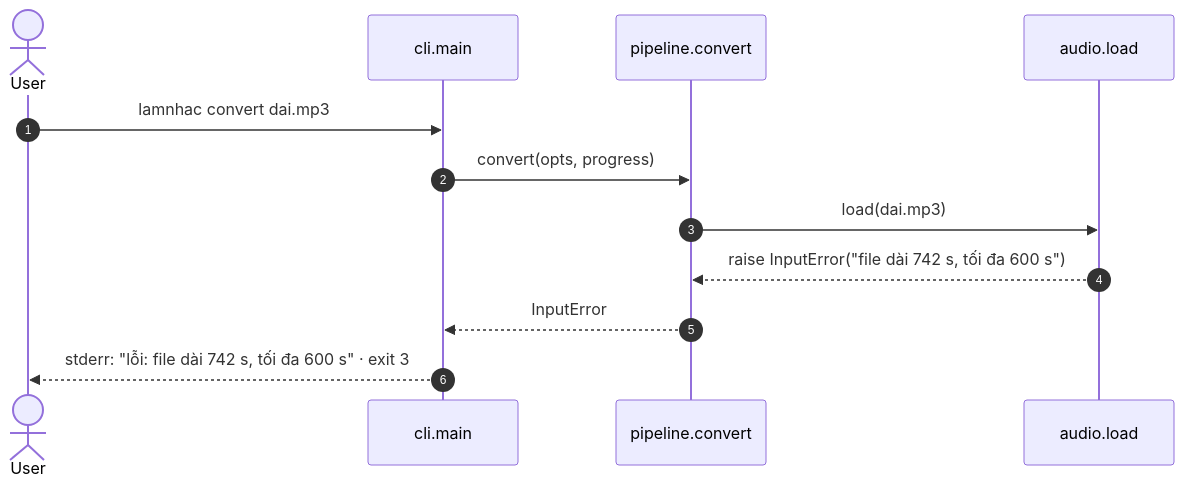
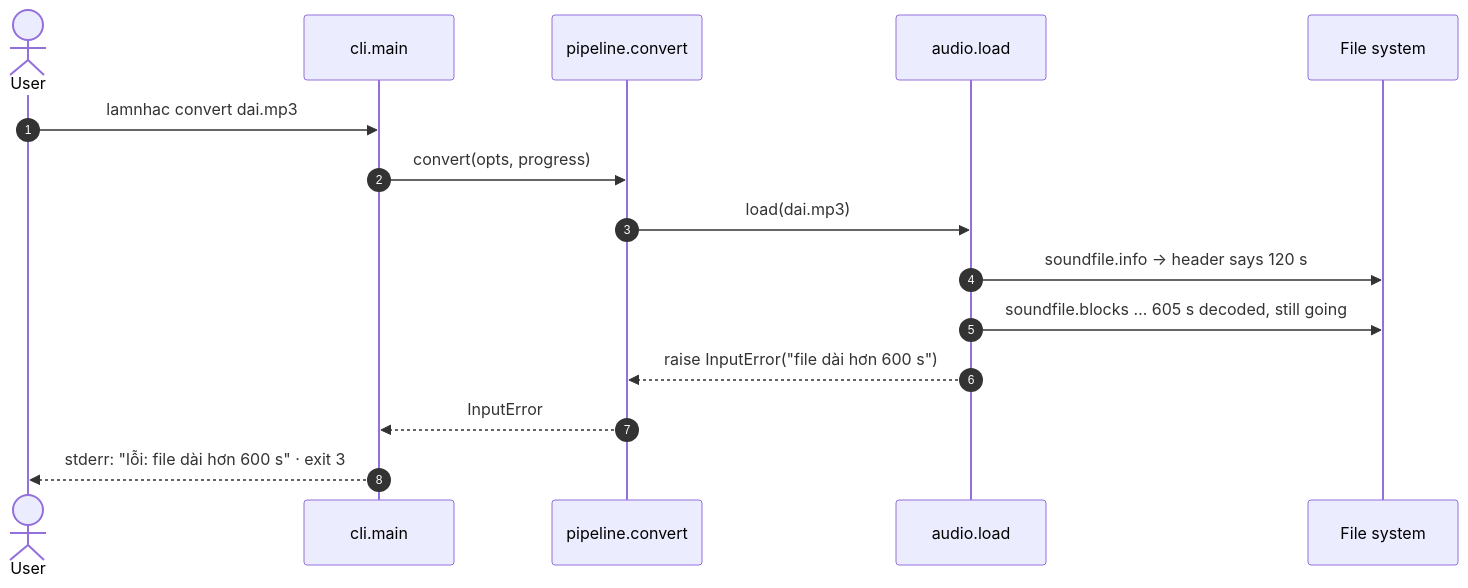
One commit to nguyenhuuca/lamnhac changed the second of 4 diagrams in docs/sequence/sequence-mp3-to-guitarpro.md. Above: the diagram before and after it, drawn with Mermaid. The commit also changed other lines of this file and 3 other files, not shown here.

````diff
--- a/docs/sequence/sequence-mp3-to-guitarpro.md
+++ b/docs/sequence/sequence-mp3-to-guitarpro.md
@@ -56,15 +58,18 @@
 ```mermaid
 sequenceDiagram
     autonumber
     actor U as User
     participant CLI as cli.main
     participant P as pipeline.convert
     participant A as audio.load
+    participant FS as File system
 
     U->>CLI: lamnhac convert dai.mp3
     CLI->>P: convert(opts, progress)
     P->>A: load(dai.mp3)
-    A-->>P: raise InputError("file dài 742 s, tối đa 600 s")
+    A->>FS: soundfile.info → header says 120 s
+    A->>FS: soundfile.blocks … 605 s decoded, still going
+    A-->>P: raise InputError("file dài hơn 600 s")
     P-->>CLI: InputError
-    CLI-->>U: stderr: "lỗi: file dài 742 s, tối đa 600 s" · exit 3
+    CLI-->>U: stderr: "lỗi: file dài hơn 600 s" · exit 3
 ```
````
